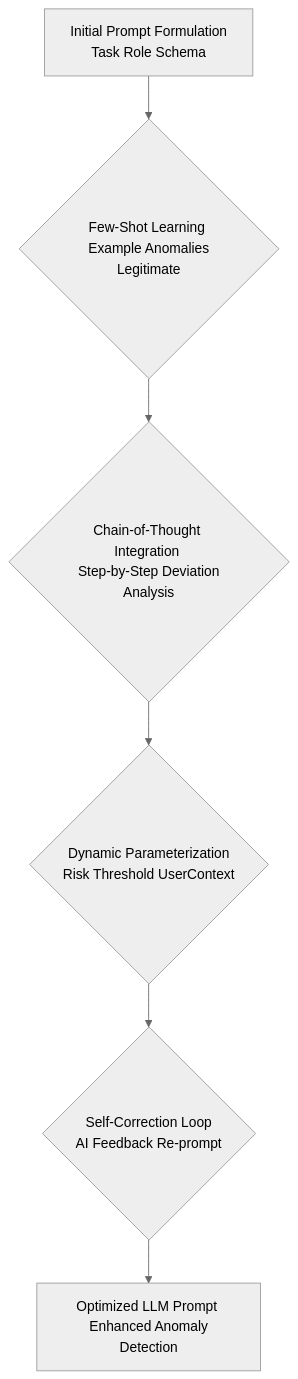
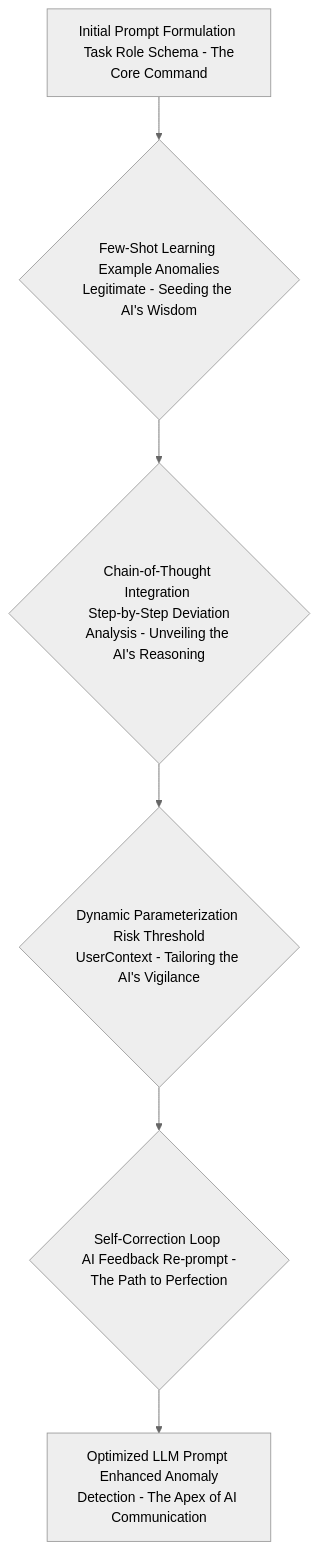
One commit to diplomat-bit/Citibank_Demo_Business_Inc_Demonstration- changed the fourth of 10 diagrams in inventions/inventions/006_ai_subscription_detection/009_ai_financial_anomaly_detection.md. Above: the diagram before and after it, drawn with Mermaid (neutral theme). The commit also changed other lines of this file, not shown here.

````diff
--- a/inventions/inventions/006_ai_subscription_detection/009_ai_financial_anomaly_detection.md
+++ b/inventions/inventions/006_ai_subscription_detection/009_ai_financial_anomaly_detection.md
@@ -183,8 +183,8 @@
 ```mermaid
 graph TD
-    A[Initial Prompt Formulation <br/> Task Role Schema] --> B{Few-Shot Learning <br/> Example Anomalies Legitimate}
-    B --> C{Chain-of-Thought Integration <br/> Step-by-Step Deviation Analysis}
-    C --> D{Dynamic Parameterization <br/> Risk Threshold UserContext}
-    D --> E{Self-Correction Loop <br/> AI Feedback Re-prompt}
-    E --> F[Optimized LLM Prompt <br/> Enhanced Anomaly Detection]
+    A[Initial Prompt Formulation <br/> Task Role Schema - The Core Command] --> B{Few-Shot Learning <br/> Example Anomalies Legitimate - Seeding the AI's Wisdom}
+    B --> C{Chain-of-Thought Integration <br/> Step-by-Step Deviation Analysis - Unveiling the AI's Reasoning}
+    C --> D{Dynamic Parameterization <br/> Risk Threshold UserContext - Tailoring the AI's Vigilance}
+    D --> E{Self-Correction Loop <br/> AI Feedback Re-prompt - The Path to Perfection}
+    E --> F[Optimized LLM Prompt <br/> Enhanced Anomaly Detection - The Apex of AI Communication]
 ```
````
